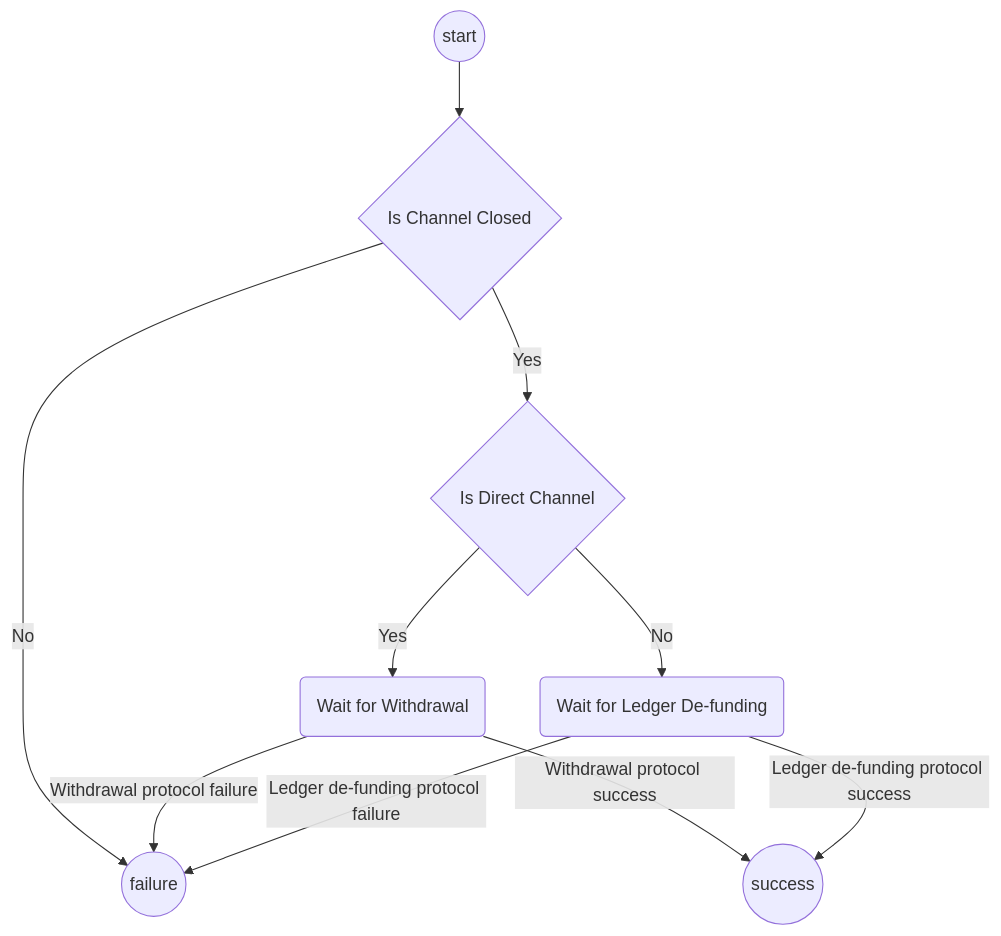
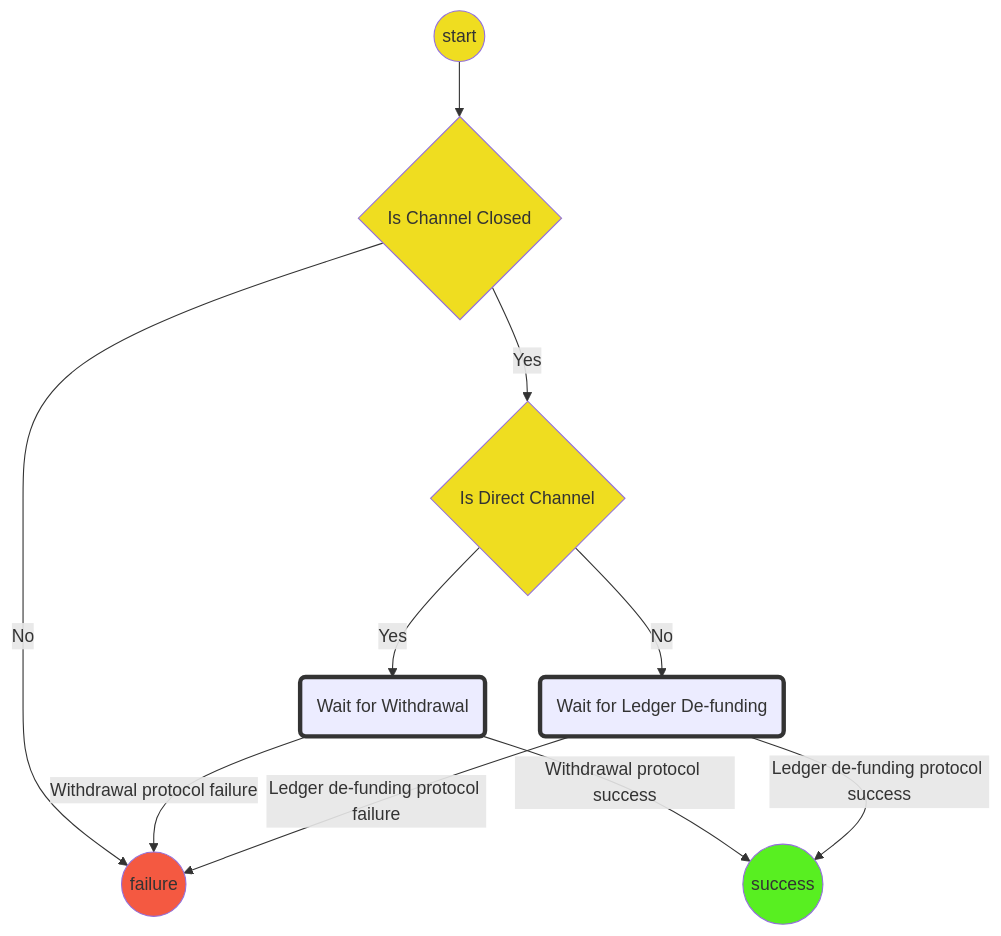
One commit to statechannels/statechannels changed the first of 2 diagrams in packages/wallet/packages/wallet/src/redux/protocols/defunding/readme.md. Above: the diagram before and after it, drawn with Mermaid. The commit also changed other lines of this file and 18 other files, not shown here.

````diff
--- a/packages/wallet/packages/wallet/src/redux/protocols/defunding/readme.md
+++ b/packages/wallet/packages/wallet/src/redux/protocols/defunding/readme.md
@@ -13,12 +13,20 @@
 ```mermaid
 graph TD
   S((start))-->ICC{Is Channel Closed}
   ICC-->|No|F((failure))
   ICC-->|Yes|ID{Is Direct Channel}
   ID-->|Yes|WP(Wait for Withdrawal)
   ID -->|No|LDP(Wait for Ledger De-funding)
   WP-->|Withdrawal protocol success|Su((success))
   LDP-->|Ledger de-funding protocol success|Su((success))
   WP-->|Withdrawal protocol failure|F((failure))
   LDP-->|Ledger de-funding protocol failure|F((failure))
+
+  style S  fill:#efdd20
+  style ICC  fill:#efdd20
+  style ID fill:#efdd20
+  style Su fill:#58ef21
+  style F  fill:#f45941
+  style WP stroke:#333,stroke-width:4px
+  style LDP stroke:#333,stroke-width:4px
 ```
````
